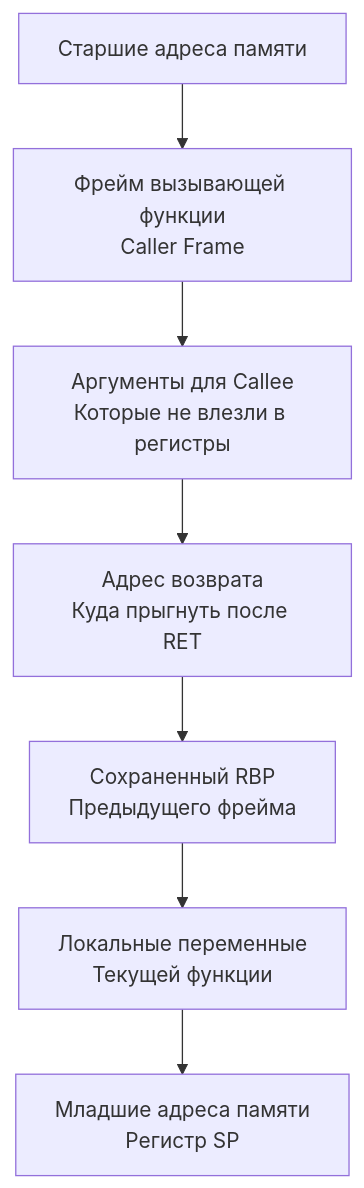
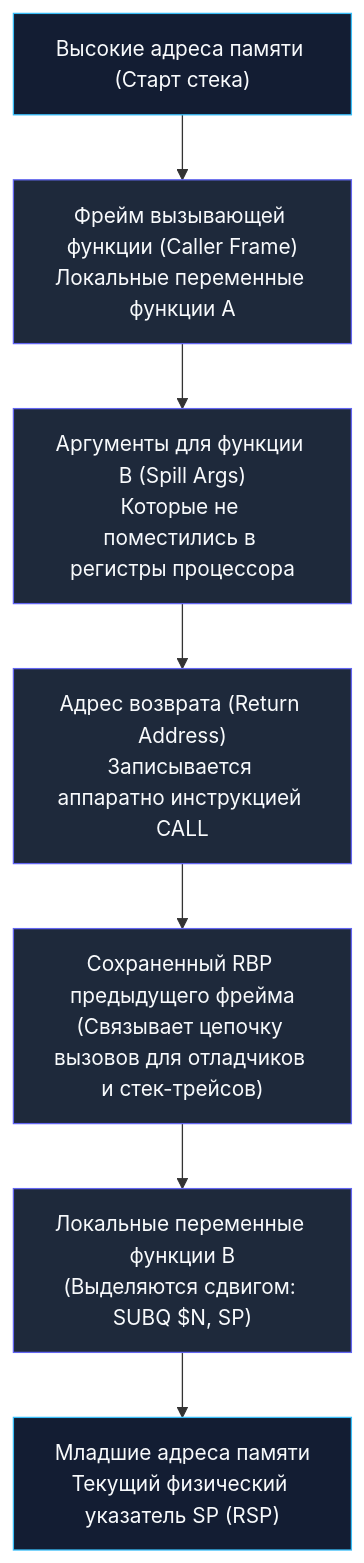
One commit to UnrealTemplier/go-textbook changed the second of 4 diagrams in sources/1. Архитектура компьютера/10. ABI, Calling Convention и стек вызовов.md. Above: the diagram before and after it, drawn with Mermaid. The commit also changed other lines of this file, not shown here.

````diff
--- a/sources/1. Архитектура компьютера/10. ABI, Calling Convention и стек вызовов.md
+++ b/sources/1. Архитектура компьютера/10. ABI, Calling Convention и стек вызовов.md
@@ -31,9 +57,14 @@
 ```mermaid
 flowchart TD
-    HighMem["Старшие адреса памяти"] --> CallerFrame["Фрейм вызывающей функции<br>Caller Frame"]
-    CallerFrame --> SpillArgs["Аргументы для Callee<br>Которые не влезли в регистры"]
-    SpillArgs --> RetAddr["Адрес возврата<br>Куда прыгнуть после RET"]
-    RetAddr --> SavedBP["Сохраненный RBP<br>Предыдущего фрейма"]
-    SavedBP --> Locals["Локальные переменные<br>Текущей функции"]
-    Locals --> LowMem["Младшие адреса памяти<br>Регистр SP"]
+    HighMem["Высокие адреса памяти (Старт стека)"] --> CallerFrame["Фрейм вызывающей функции (Caller Frame)<br>Локальные переменные функции A"]
+    CallerFrame --> SpillArgs["Аргументы для функции B (Spill Args)<br>Которые не поместились в регистры процессора"]
+    SpillArgs --> RetAddr["Адрес возврата (Return Address)<br>Записывается аппаратно инструкцией CALL"]
+    RetAddr --> SavedBP["Сохраненный RBP предыдущего фрейма<br>(Связывает цепочку вызовов для отладчиков и стек-трейсов)"]
+    SavedBP --> Locals["Локальные переменные функции B<br>(Выделяются сдвигом: SUBQ $N, SP)"]
+    Locals --> LowMem["Младшие адреса памяти<br>Текущий физический указатель SP (RSP)"]
+
+    classDef mem fill:#131d33,stroke:#38bdf8,stroke-width:1px,color:#f8fafc;
+    classDef frame fill:#1e293b,stroke:#6366f1,stroke-width:1px,color:#f8fafc;
+    class HighMem,LowMem mem;
+    class CallerFrame,SpillArgs,RetAddr,SavedBP,Locals frame;
 ```
````
